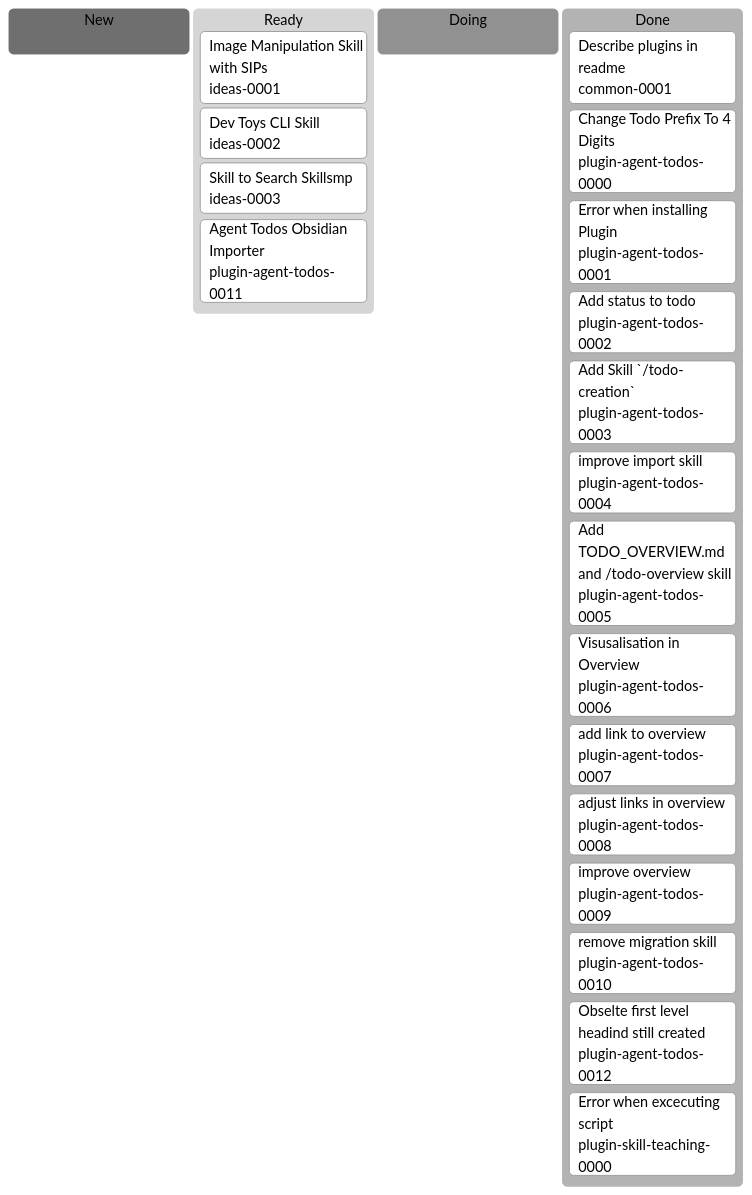
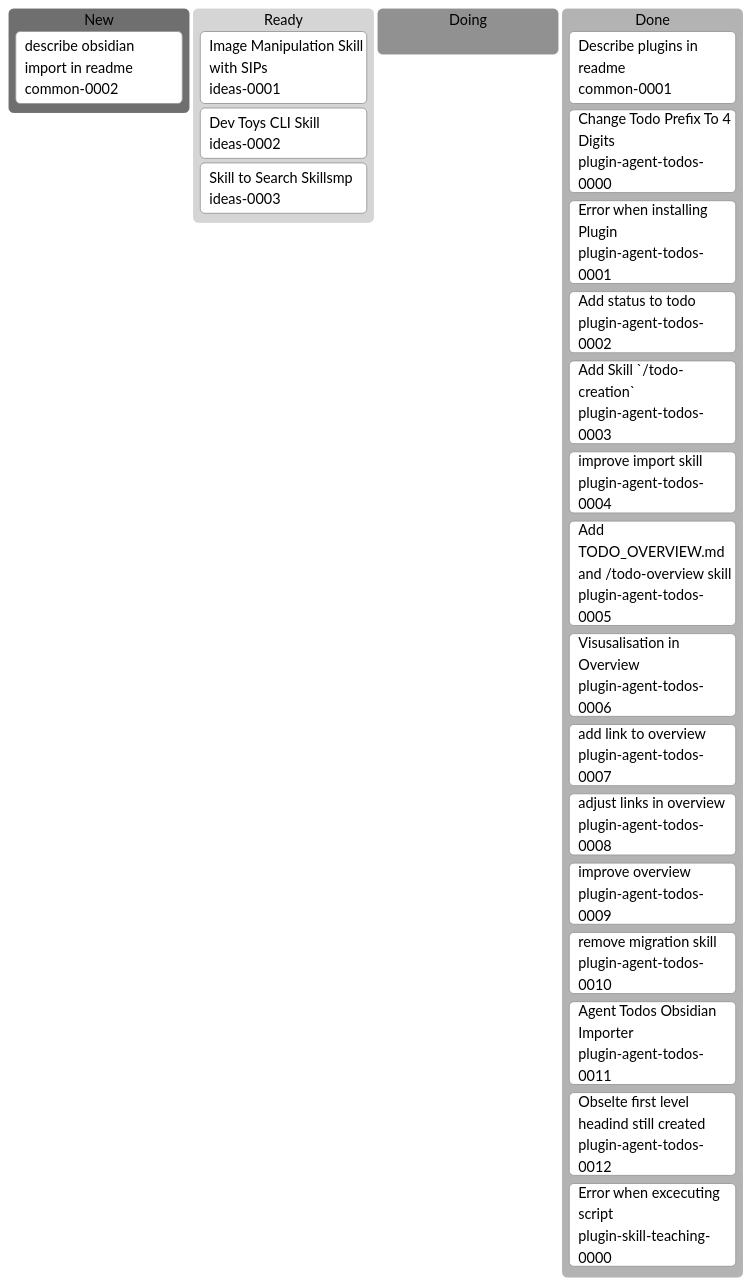
The diagram in docs/agent-todos/TODO_OVERVIEW.md (erich3000/ji-agent-skills), drawn with Mermaid before and after one commit. The commit also changed other lines of this file and 6 other files, not shown here.

````diff
--- a/docs/agent-todos/TODO_OVERVIEW.md
+++ b/docs/agent-todos/TODO_OVERVIEW.md
@@ -7,28 +7,28 @@
 ```mermaid
 %%{init: {"theme":"neutral"}}%%
 kanban
   new[New]
-
+    common-0002[describe obsidian import in readme]@{ ticket: common-0002 }
   ready[Ready]
     ideas-0001[Image Manipulation Skill with SIPs]@{ ticket: ideas-0001 }
     ideas-0002[Dev Toys CLI Skill]@{ ticket: ideas-0002 }
     ideas-0003[Skill to Search Skillsmp]@{ ticket: ideas-0003 }
-    plugin-agent-todos-0011[Agent Todos Obsidian Importer]@{ ticket: plugin-agent-todos-0011 }
   doing[Doing]
 
   done[Done]
     common-0001[Describe plugins in readme]@{ ticket: common-0001 }
     plugin-agent-todos-0000[Change Todo Prefix To 4 Digits]@{ ticket: plugin-agent-todos-0000 }
     plugin-agent-todos-0001[Error when installing Plugin]@{ ticket: plugin-agent-todos-0001 }
     plugin-agent-todos-0002[Add status to todo]@{ ticket: plugin-agent-todos-0002 }
     plugin-agent-todos-0003[Add Skill `/todo-creation`]@{ ticket: plugin-agent-todos-0003 }
     plugin-agent-todos-0004[improve import skill]@{ ticket: plugin-agent-todos-0004 }
     plugin-agent-todos-0005[Add TODO_OVERVIEW.md and /todo-overview skill]@{ ticket: plugin-agent-todos-0005 }
     plugin-agent-todos-0006[Visusalisation in Overview]@{ ticket: plugin-agent-todos-0006 }
     plugin-agent-todos-0007[add link to overview]@{ ticket: plugin-agent-todos-0007 }
     plugin-agent-todos-0008[adjust links in overview]@{ ticket: plugin-agent-todos-0008 }
     plugin-agent-todos-0009[improve overview]@{ ticket: plugin-agent-todos-0009 }
     plugin-agent-todos-0010[remove migration skill]@{ ticket: plugin-agent-todos-0010 }
+    plugin-agent-todos-0011[Agent Todos Obsidian Importer]@{ ticket: plugin-agent-todos-0011 }
     plugin-agent-todos-0012[Obselte first level headind still created]@{ ticket: plugin-agent-todos-0012 }
     plugin-skill-teaching-0000[Error when excecuting script]@{ ticket: plugin-skill-teaching-0000 }
 ```
````
